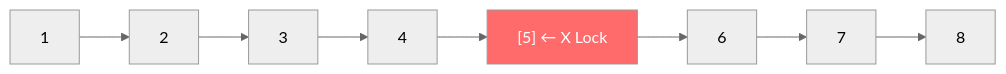
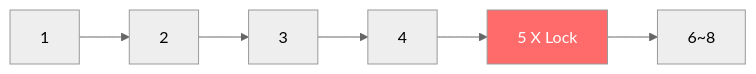
Before and after one commit to yjkim2015/yjkim2015.github.io: the second of 5 diagrams in _posts/db/2026-05-01-db-locks.md, drawn with Mermaid (neutral theme). The commit also changed other lines of this file and 163 other files, not shown here.

First line of the commit message:
Mermaid 300개 블록 내용 축소: 5노드 5엣지 이하, 의미 있는 약어

````diff
--- a/_posts/db/2026-05-01-db-locks.md
+++ b/_posts/db/2026-05-01-db-locks.md
@@ -50,5 +50,5 @@
 ```mermaid
 graph LR
-    R1[1] --> R2[2] --> R3[3] --> R4[4] --> R5["[5] ← X Lock"] --> R6[6] --> R7[7] --> R8[8]
+    R1["1"] --> R2["2"] --> R3["3"] --> R4["4"] --> R5["5 X Lock"] --> R6["6~8"]
     style R5 fill:#ff6b6b,color:#fff
 ```
````
